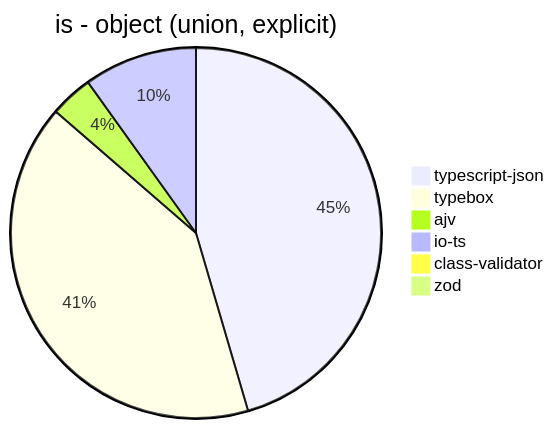
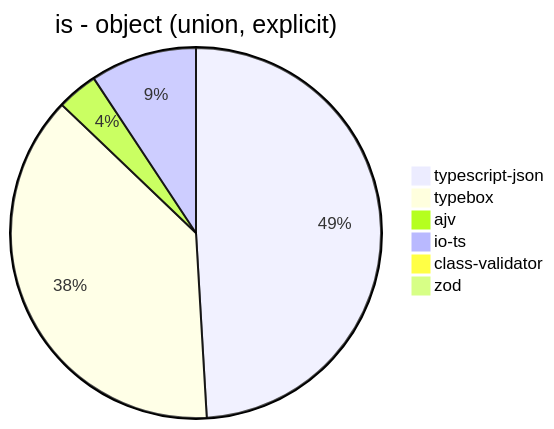
One commit to samchon/typia changed the third of 39 diagrams in benchmark/results/AMD Ryzen 7 5800H with Radeon Graphics.md. Above: the diagram before and after it, drawn with Mermaid. The commit also changed other lines of this file and 3 other files, not shown here.

````diff
--- a/benchmark/results/AMD Ryzen 7 5800H with Radeon Graphics.md
+++ b/benchmark/results/AMD Ryzen 7 5800H with Radeon Graphics.md
@@ -43,9 +43,9 @@
 ```mermaid
 pie title is - object (union, explicit)
-  "typescript-json": 14598.135964912279
-  "typebox": 13130.628126737076
-  "ajv": 1201.3988522238164
-  "io-ts": 3177.8420386770285
-  "class-validator": 14.922721620181205
-  "zod": 35.546360729734815
+  "typescript-json": 16727.091272001453
+  "typebox": 12976.50082614283
+  "ajv": 1215.3304943528976
+  "io-ts": 3168.399927020617
+  "class-validator": 15.5478324492409
+  "zod": 32.92400783057484
 ```
````
